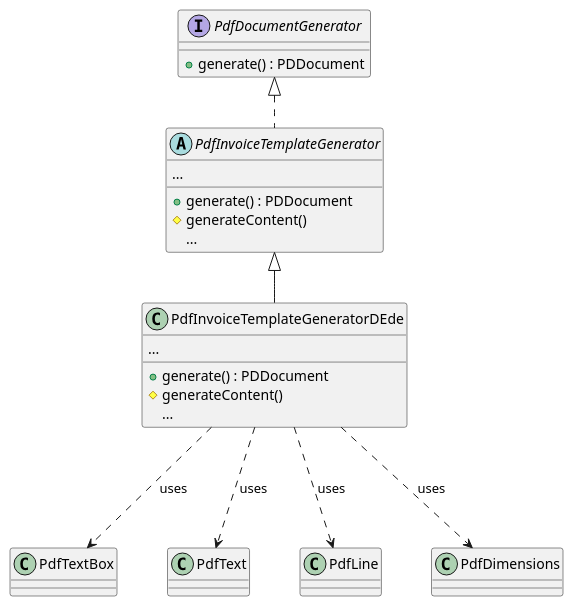
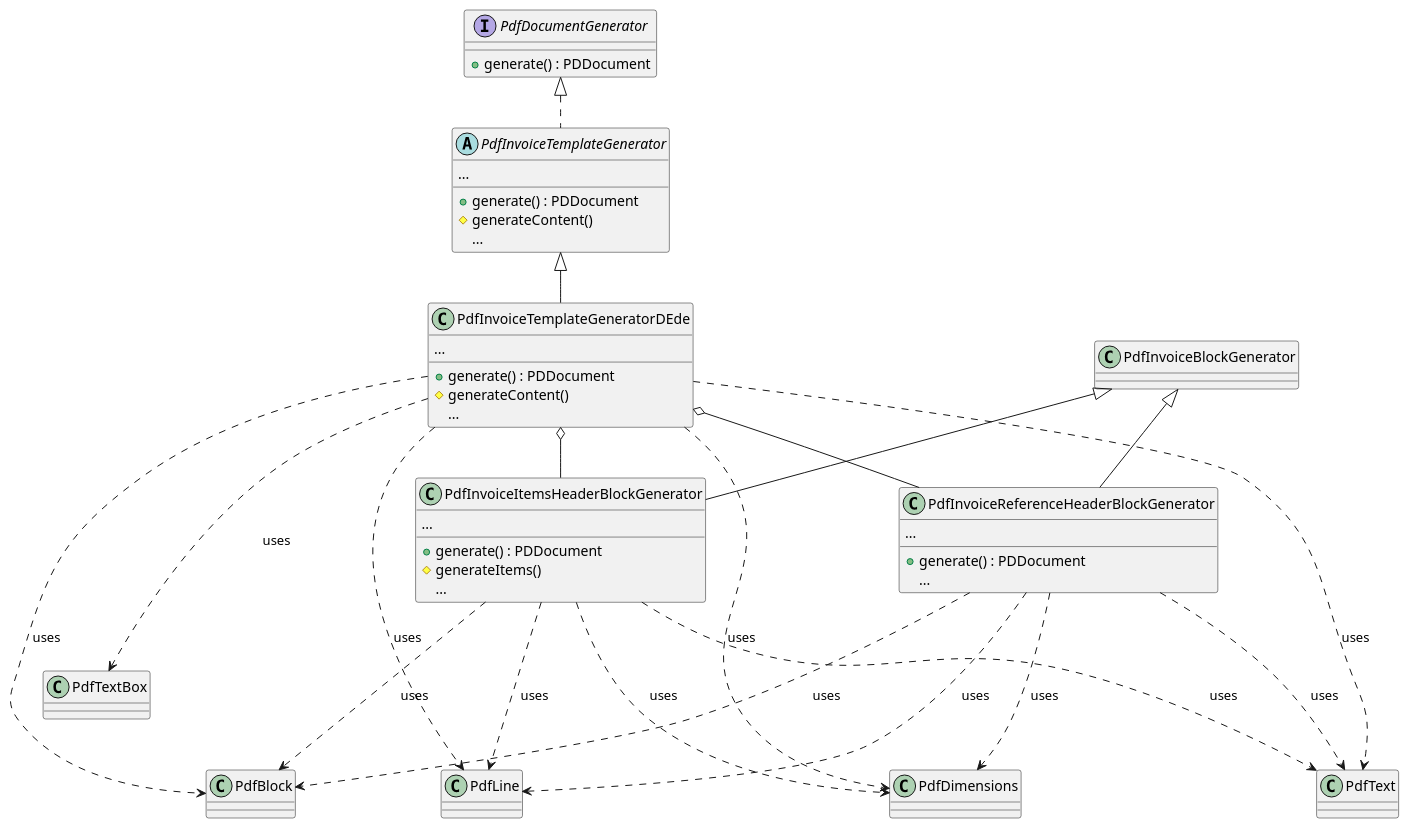
The diagram in src/main/java/com/jovisco/invoicing/pdf/diagrams/PdfInvoiceTemplateGenerator.puml (joheiss/java-pdfdoc-playground), drawn with PlantUML before and after one commit. The commit also changed 15 other files, not shown here.

```diff
--- a/src/main/java/com/jovisco/invoicing/pdf/diagrams/PdfInvoiceTemplateGenerator.puml
+++ b/src/main/java/com/jovisco/invoicing/pdf/diagrams/PdfInvoiceTemplateGenerator.puml
@@ -1,29 +1,52 @@
 @startuml
 skinparam nodesep 50
 skinparam ranksep 50
 skinparam class {
   BackgroundColor<<interface>> #ffccff
   BackgroundColor<<abstract>> #ccccff
 }
 
 interface PdfDocumentGenerator {
     + generate() : PDDocument
 }
 abstract class PdfInvoiceTemplateGenerator implements PdfDocumentGenerator {
     ...
     + generate() : PDDocument
     # generateContent()
     {method} ...
 }
 class PdfInvoiceTemplateGeneratorDEde extends PdfInvoiceTemplateGenerator {
     ...
     + generate() : PDDocument
     # generateContent()
     {method} ...
 }
 
+class PdfInvoiceItemsHeaderBlockGenerator extends PdfInvoiceBlockGenerator {
+...
+    + generate() : PDDocument
+    # generateItems()
+    {method} ...
+}
+
+class PdfInvoiceReferenceHeaderBlockGenerator extends PdfInvoiceBlockGenerator {
+...
+    + generate() : PDDocument
+    {method} ...
+}
+PdfInvoiceTemplateGeneratorDEde ...> PdfBlock : uses
 PdfInvoiceTemplateGeneratorDEde ...> PdfTextBox : uses
 PdfInvoiceTemplateGeneratorDEde ...> PdfText : uses
 PdfInvoiceTemplateGeneratorDEde ...> PdfLine : uses
 PdfInvoiceTemplateGeneratorDEde ...> PdfDimensions : uses
+PdfInvoiceTemplateGeneratorDEde o-- PdfInvoiceItemsHeaderBlockGenerator
+PdfInvoiceTemplateGeneratorDEde o-- PdfInvoiceReferenceHeaderBlockGenerator
+PdfInvoiceItemsHeaderBlockGenerator ...> PdfBlock : uses
+PdfInvoiceItemsHeaderBlockGenerator ...> PdfText : uses
+PdfInvoiceItemsHeaderBlockGenerator ...> PdfLine : uses
+PdfInvoiceItemsHeaderBlockGenerator ...> PdfDimensions : uses
+PdfInvoiceReferenceHeaderBlockGenerator ...> PdfBlock : uses
+PdfInvoiceReferenceHeaderBlockGenerator ...> PdfText : uses
+PdfInvoiceReferenceHeaderBlockGenerator ...> PdfLine : uses
+PdfInvoiceReferenceHeaderBlockGenerator ...> PdfDimensions : uses
 @enduml
```
